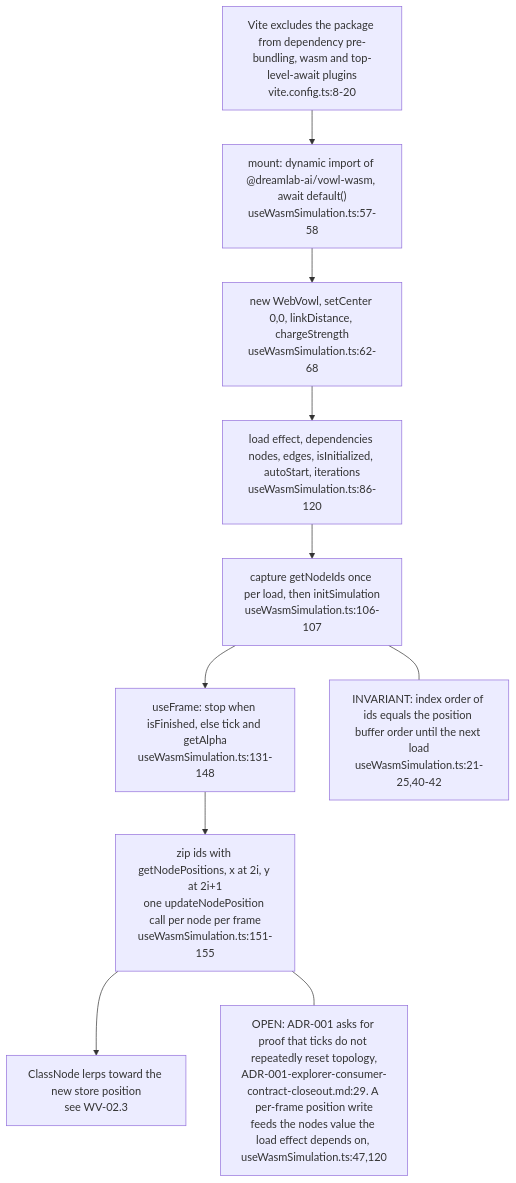
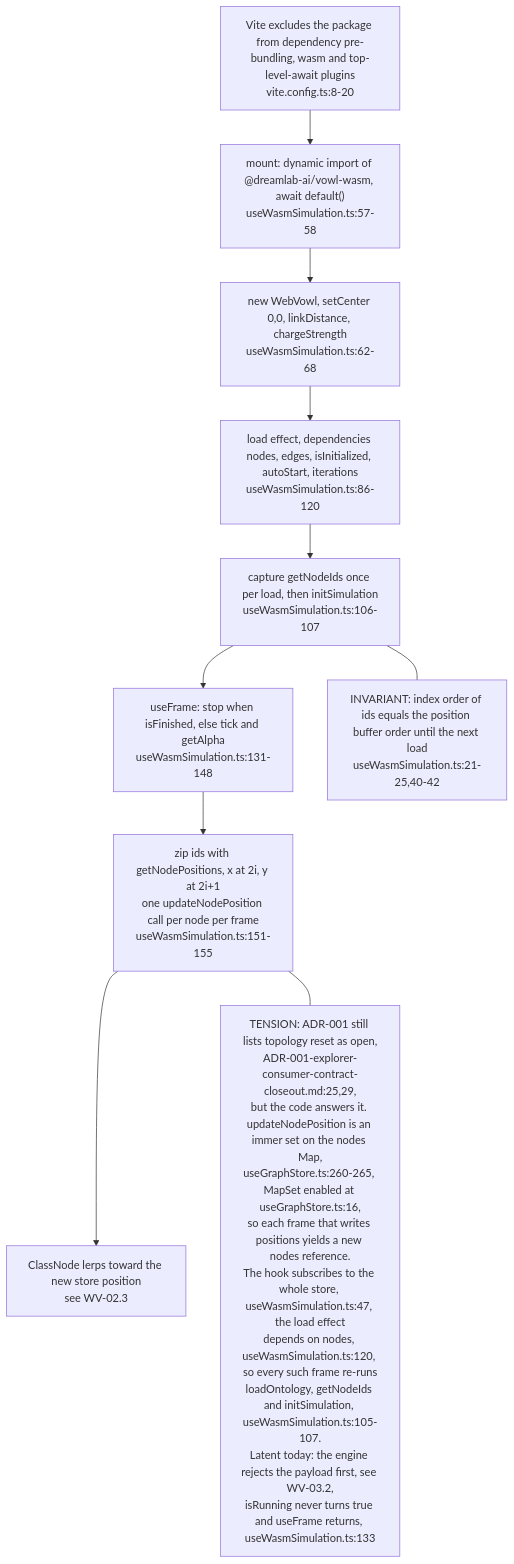
One commit to DreamLab-AI/VisionFlow changed the third of 4 diagrams in docs/diagrams/wasmvowl/03-ontology-input-and-engine-boundary.md. Above: the diagram before and after it, drawn with Mermaid. The commit also changed other lines of this file and 2 other files, not shown here.

Commit message:
diagrams(wasmvowl): fix four skeptic findings in WV-02, WV-03 and WV-05
- WV-02.2: replace the activeFilters DEBT with the invariant the code
  enforces (drop zone renders only at nodeCount 0, clear empties filters).
- WV-02.4: draw ClassNode selection and hover into the Sidebar details
  tab, with a DEBT for the unread hoveredNode and uncalled edge actions.
- WV-03.3: turn the topology-reset OPEN into a TENSION stating the code's
  answer (per-frame immer write re-runs loadOntology/initSimulation),
  latent because the engine rejects the payload first.
- WV-03.1: cite propertyAttribute, range and domain lines in foaf.json.
- WV-05.5/WV-05.6: add the legacy menu layer (12 menus wired by app.js,
  exportTTLModule via exportMenu) and the experimental editor path.

````diff
--- a/docs/diagrams/wasmvowl/03-ontology-input-and-engine-boundary.md
+++ b/docs/diagrams/wasmvowl/03-ontology-input-and-engine-boundary.md
@@ -74,14 +74,14 @@
 ```mermaid
 flowchart TB
     I1["mount: dynamic import of @dreamlab-ai/vowl-wasm, await default()<br/>useWasmSimulation.ts:57-58"] --> I2["new WebVowl, setCenter 0,0, linkDistance, chargeStrength<br/>useWasmSimulation.ts:62-68"]
     I2 --> L1["load effect, dependencies nodes, edges, isInitialized, autoStart, iterations<br/>useWasmSimulation.ts:86-120"]
     L1 --> L2["capture getNodeIds once per load, then initSimulation<br/>useWasmSimulation.ts:106-107"]
     L2 --> F1["useFrame: stop when isFinished, else tick and getAlpha<br/>useWasmSimulation.ts:131-148"]
     F1 --> F2["zip ids with getNodePositions, x at 2i, y at 2i+1<br/>one updateNodePosition call per node per frame<br/>useWasmSimulation.ts:151-155"]
     F2 --> F3["ClassNode lerps toward the new store position<br/>see WV-02.3"]
     INV["INVARIANT: index order of ids equals the position buffer order until the next load<br/>useWasmSimulation.ts:21-25,40-42"]
-    OPEN1["OPEN: ADR-001 asks for proof that ticks do not repeatedly reset topology,<br/>ADR-001-explorer-consumer-contract-closeout.md:29. A per-frame position write<br/>feeds the nodes value the load effect depends on, useWasmSimulation.ts:47,120"]
+    OPEN1["TENSION: ADR-001 still lists topology reset as open,<br/>ADR-001-explorer-consumer-contract-closeout.md:25,29,<br/>but the code answers it. updateNodePosition is an immer set on the nodes Map,<br/>useGraphStore.ts:260-265, MapSet enabled at useGraphStore.ts:16,<br/>so each frame that writes positions yields a new nodes reference.<br/>The hook subscribes to the whole store, useWasmSimulation.ts:47, the load effect<br/>depends on nodes, useWasmSimulation.ts:120, so every such frame re-runs<br/>loadOntology, getNodeIds and initSimulation, useWasmSimulation.ts:105-107.<br/>Latent today: the engine rejects the payload first, see WV-03.2,<br/>isRunning never turns true and useFrame returns, useWasmSimulation.ts:133"]
     L2 --- INV
     F2 --- OPEN1
     V["Vite excludes the package from dependency pre-bundling, wasm and top-level-await plugins<br/>vite.config.ts:8-20"] --> I1
 ```
````
